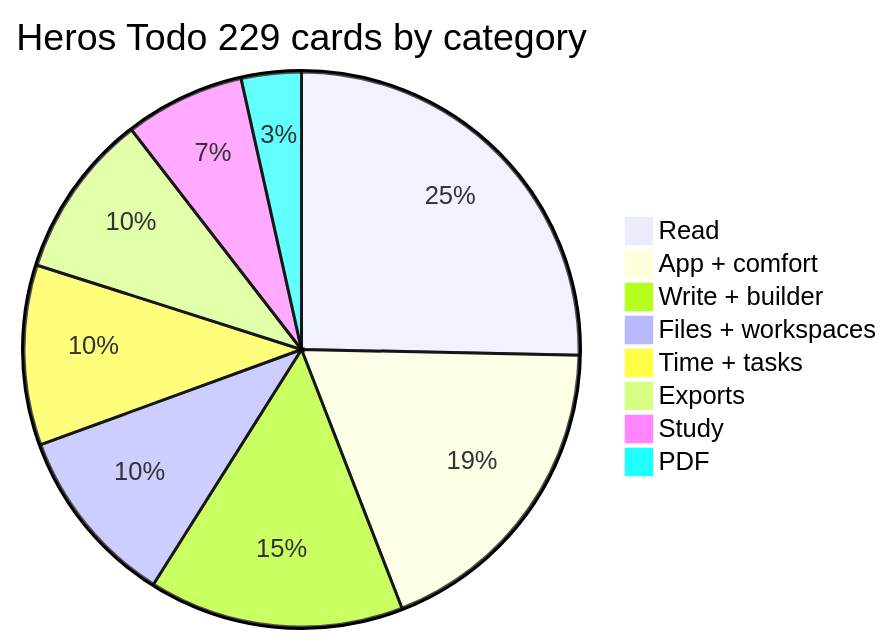
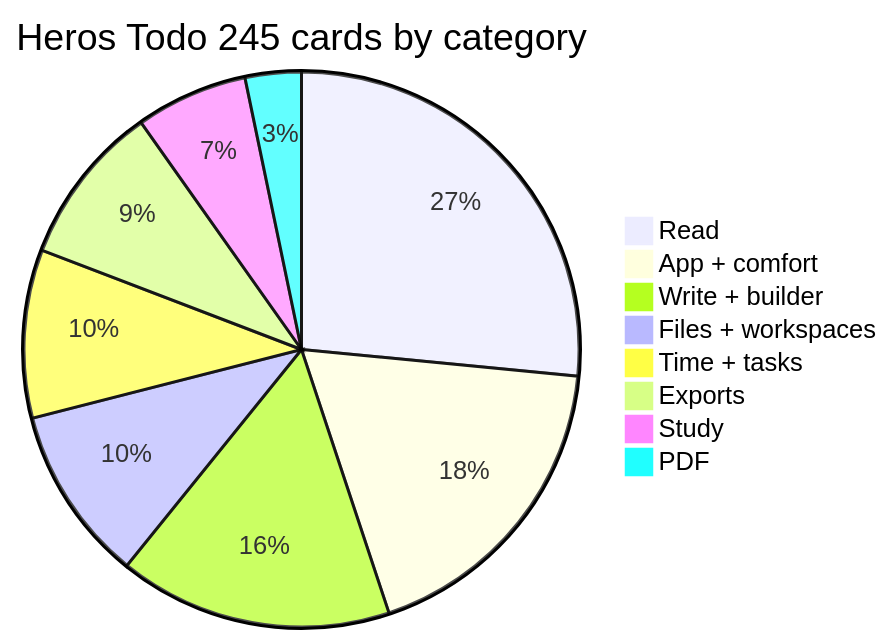
Before and after one commit to Ahmedbakr78/Heros_Todo: diagram 26 of 26 in README.md, drawn with Mermaid. The commit also changed other lines of this file and 7 other files, not shown here.

````diff
--- a/README.md
+++ b/README.md
@@ -1086,11 +1086,11 @@
 ```mermaid
-pie title Heros Todo 229 cards by category
-    "Read" : 58
-    "App + comfort" : 43
-    "Write + builder" : 34
-    "Files + workspaces" : 24
+pie title Heros Todo 245 cards by category
+    "Read" : 65
+    "App + comfort" : 45
+    "Write + builder" : 39
+    "Files + workspaces" : 25
     "Time + tasks" : 24
-    "Exports" : 22
+    "Exports" : 23
     "Study" : 16
     "PDF" : 8
 ```
````
